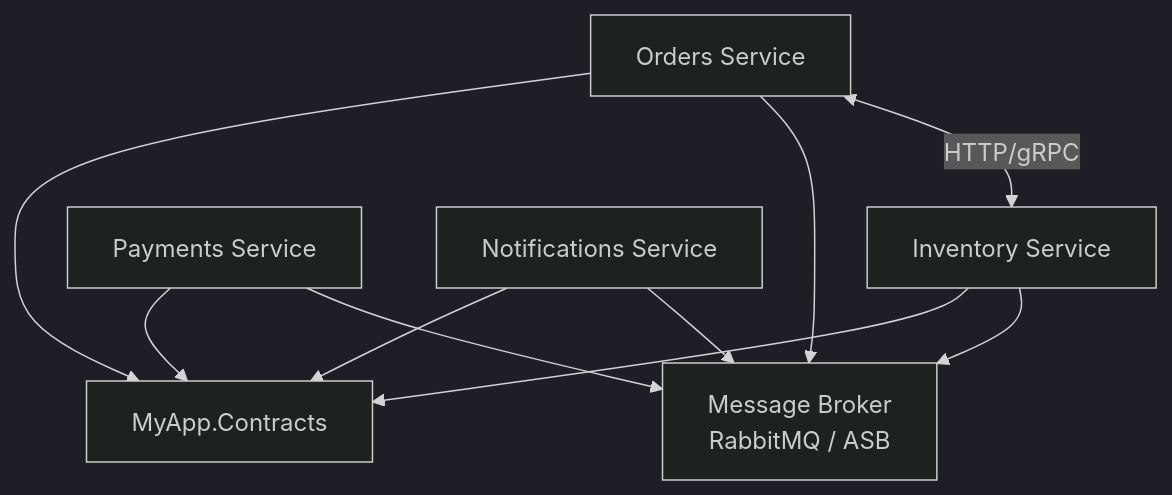
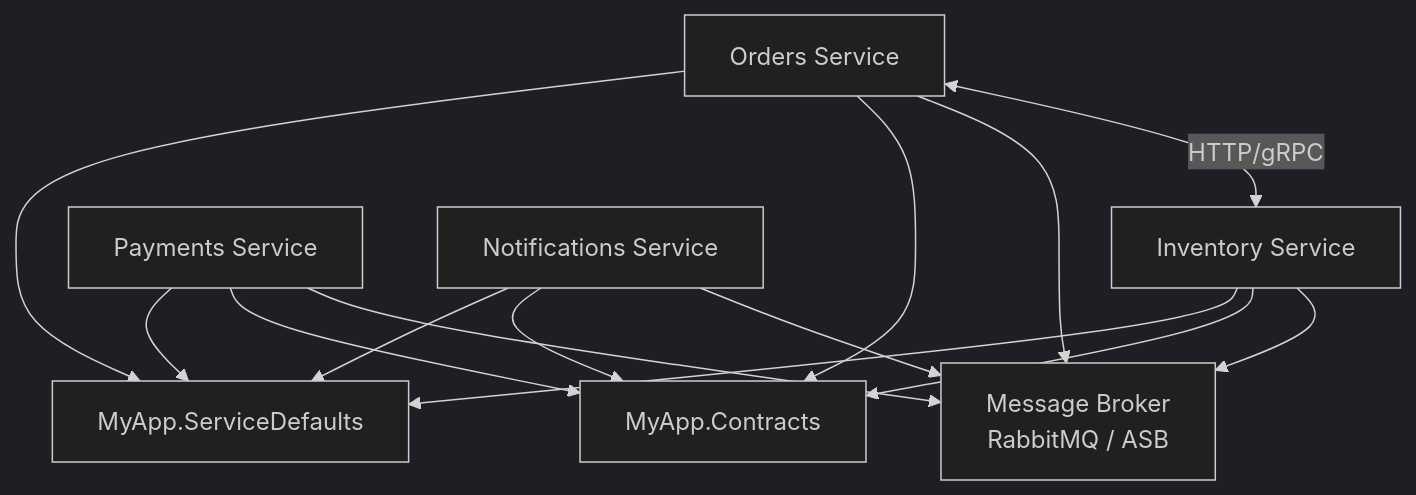
The diagram in patterns/STR007 - microservices.md (Webhooks-Ltd/dotnet-patterns), drawn with Mermaid (dark theme) before and after one commit. The commit also changed other lines of this file and 10 other files, not shown here.

````diff
--- a/patterns/STR007 - microservices.md
+++ b/patterns/STR007 - microservices.md
@@ -107,12 +110,16 @@
 ```mermaid
 graph TD
     Orders[Orders Service] <-- HTTP/gRPC --> Inventory[Inventory Service]
     Orders --> Broker[Message Broker<br/>RabbitMQ / ASB]
     Inventory --> Broker
     Payments[Payments Service] --> Broker
     Notifications[Notifications Service] --> Broker
     Orders --> Contracts[MyApp.Contracts]
     Inventory --> Contracts
     Payments --> Contracts
     Notifications --> Contracts
+    Orders --> SD[MyApp.ServiceDefaults]
+    Inventory --> SD
+    Payments --> SD
+    Notifications --> SD
 ```
````
